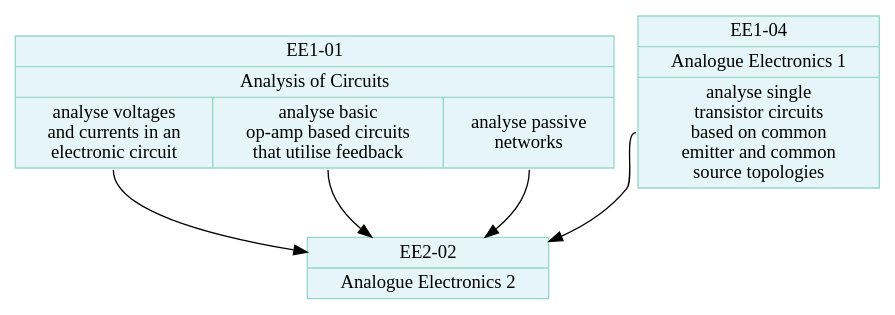
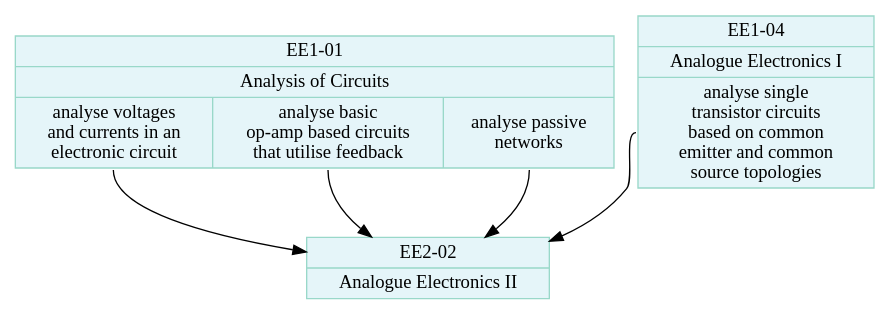
The diagram in modules.dot (johnwickerson/ee_modules), drawn with Graphviz before and after one commit.

Commit message:
testing minor change

```diff
--- a/modules.dot
+++ b/modules.dot
@@ -1,21 +1,21 @@
 digraph {
     
     node[shape=record, color="#99d8c9", fillcolor="#e5f5f9", style="filled"];
     
     EE101 [label="{EE1-01 | Analysis of Circuits | {
         <1>analyse voltages\nand currents in an\nelectronic circuit | 
         <2>analyse basic\nop-amp based circuits\nthat utilise feedback | 
         <3>analyse passive\nnetworks 
     }}"];
     
-    EE104 [label="{EE1-04 | Analogue Electronics 1 | {
+    EE104 [label="{EE1-04 | Analogue Electronics I | {
         <1>analyse single\ntransistor circuits\nbased on common\nemitter and common\nsource topologies
     }}"];
     
-    EE202 [label="{EE2-02 | Analogue Electronics 2}"];
+    EE202 [label="{EE2-02 | Analogue Electronics II}"];
     EE101:1 -> EE202;
     EE101:2 -> EE202;
     EE101:3 -> EE202;
     EE104:1 -> EE202;
 
 }
```
